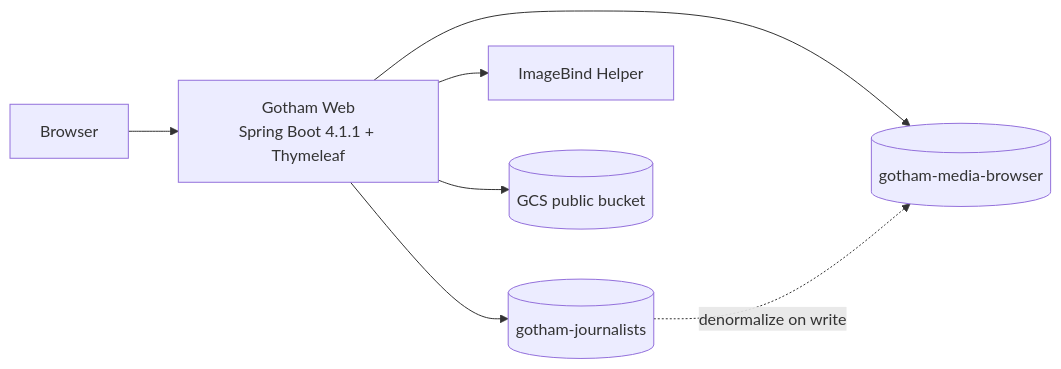
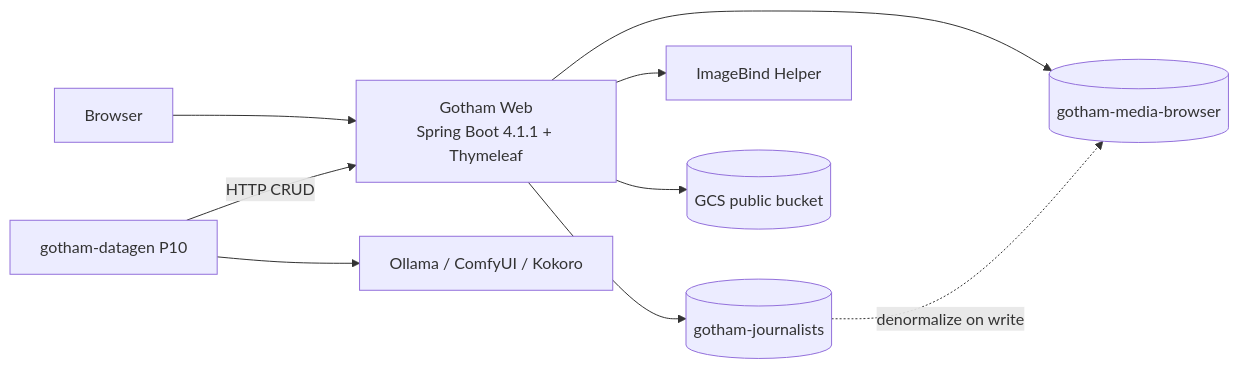
One commit to bigfito/gotham-media-browser changed the diagram in docs/architecture-components.md. Above: the diagram before and after it, drawn with Mermaid. The commit also changed other lines of this file and 6 other files, not shown here.

````diff
--- a/docs/architecture-components.md
+++ b/docs/architecture-components.md
@@ -39,9 +40,11 @@
 ```mermaid
 flowchart LR
   U[Browser] --> WEB[Gotham Web<br/>Spring Boot 4.1.1 + Thymeleaf]
+  DG[gotham-datagen P10] -->|HTTP CRUD| WEB
+  DG --> HELPERS[Ollama / ComfyUI / Kokoro]
   WEB --> JI[(gotham-journalists)]
   WEB --> AI[(gotham-media-browser)]
   WEB --> IB[ImageBind Helper]
   WEB --> GCS[(GCS public bucket)]
   JI -.->|denormalize on write| AI
 ```
````
